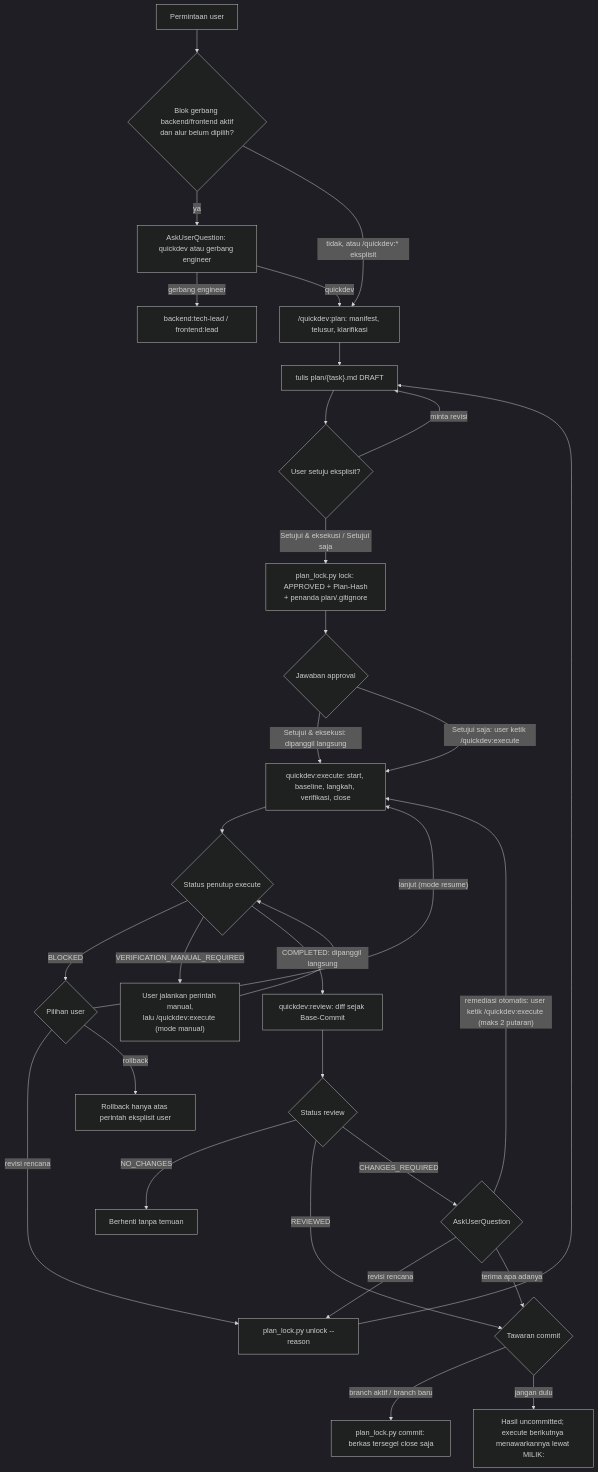
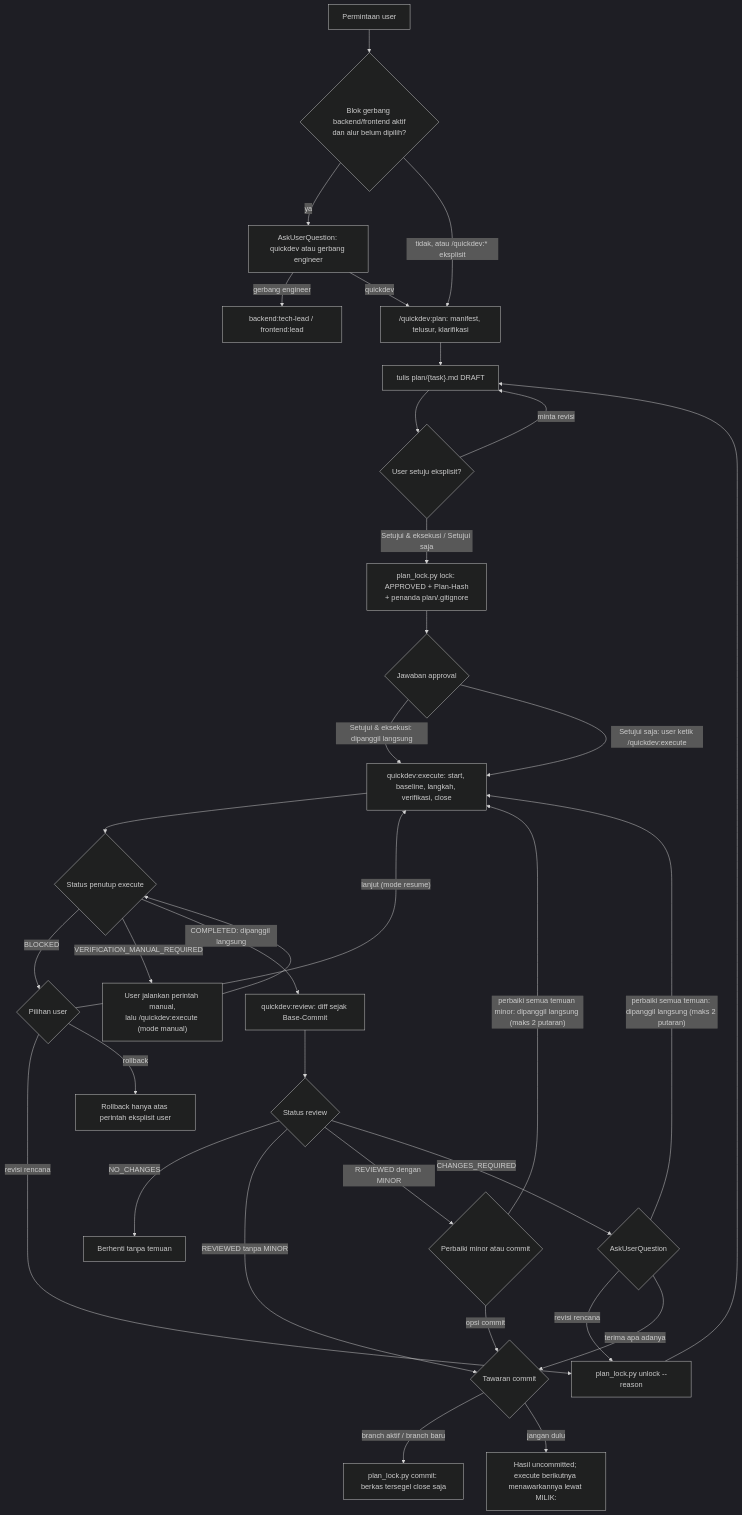
Before and after one commit to nataflow/agentic-workflow: the first of 6 diagrams in flow/quickdev.md, drawn with Mermaid (dark theme). The commit also changed other lines of this file and 8 other files, not shown here.

First line of the commit message:
feat(quickdev): remediasi temuan review berantai, termasuk temuan MINOR (Q5)

````diff
--- a/flow/quickdev.md
+++ b/flow/quickdev.md
@@ -24,33 +24,36 @@
 ```mermaid
 flowchart TD
     U["Permintaan user"] --> CO{"Blok gerbang backend/frontend aktif<br/>dan alur belum dipilih?"}
     CO -->|ya| ASK["AskUserQuestion: quickdev atau gerbang engineer"]
     ASK -->|"gerbang engineer"| ENG["backend:tech-lead / frontend:lead"]
     ASK -->|quickdev| PL
     CO -->|"tidak, atau /quickdev:* eksplisit"| PL["/quickdev:plan: manifest, telusur, klarifikasi"]
     PL --> DR["tulis plan/{task}.md DRAFT"]
     DR --> AP{"User setuju eksplisit?"}
     AP -->|"minta revisi"| DR
     AP -->|"Setujui & eksekusi / Setujui saja"| LK["plan_lock.py lock: APPROVED + Plan-Hash<br/>+ penanda plan/.gitignore"]
     LK --> AE{"Jawaban approval"}
     AE -->|"Setujui & eksekusi: dipanggil langsung"| EXE["quickdev:execute: start, baseline, langkah, verifikasi, close"]
     AE -->|"Setujui saja: user ketik /quickdev:execute"| EXE
     EXE --> ES{"Status penutup execute"}
     ES -->|BLOCKED| BL{"Pilihan user"}
     BL -->|"lanjut (mode resume)"| EXE
     BL -->|"revisi rencana"| UL["plan_lock.py unlock --reason"]
     UL --> DR
     BL -->|rollback| RB["Rollback hanya atas perintah eksplisit user"]
     ES -->|VERIFICATION_MANUAL_REQUIRED| MAN["User jalankan perintah manual,<br/>lalu /quickdev:execute (mode manual)"]
     MAN --> ES
     ES -->|"COMPLETED: dipanggil langsung"| RV["quickdev:review: diff sejak Base-Commit"]
     RV --> RS{"Status review"}
     RS -->|NO_CHANGES| NC["Berhenti tanpa temuan"]
-    RS -->|REVIEWED| DONE{"Tawaran commit"}
+    RS -->|"REVIEWED tanpa MINOR"| DONE{"Tawaran commit"}
+    RS -->|"REVIEWED dengan MINOR"| MQ{"Perbaiki minor atau commit"}
+    MQ -->|"perbaiki semua temuan minor: dipanggil langsung (maks 2 putaran)"| EXE
+    MQ -->|"opsi commit"| DONE
     RS -->|CHANGES_REQUIRED| RQ{"AskUserQuestion"}
-    RQ -->|"remediasi otomatis: user ketik /quickdev:execute (maks 2 putaran)"| EXE
+    RQ -->|"perbaiki semua temuan: dipanggil langsung (maks 2 putaran)"| EXE
     RQ -->|"revisi rencana"| UL
     RQ -->|"terima apa adanya"| DONE
     DONE -->|"branch aktif / branch baru"| CMT["plan_lock.py commit: berkas tersegel close saja"]
     DONE -->|"jangan dulu"| LATER["Hasil uncommitted; execute berikutnya menawarkannya lewat MILIK:"]
 ```
````
